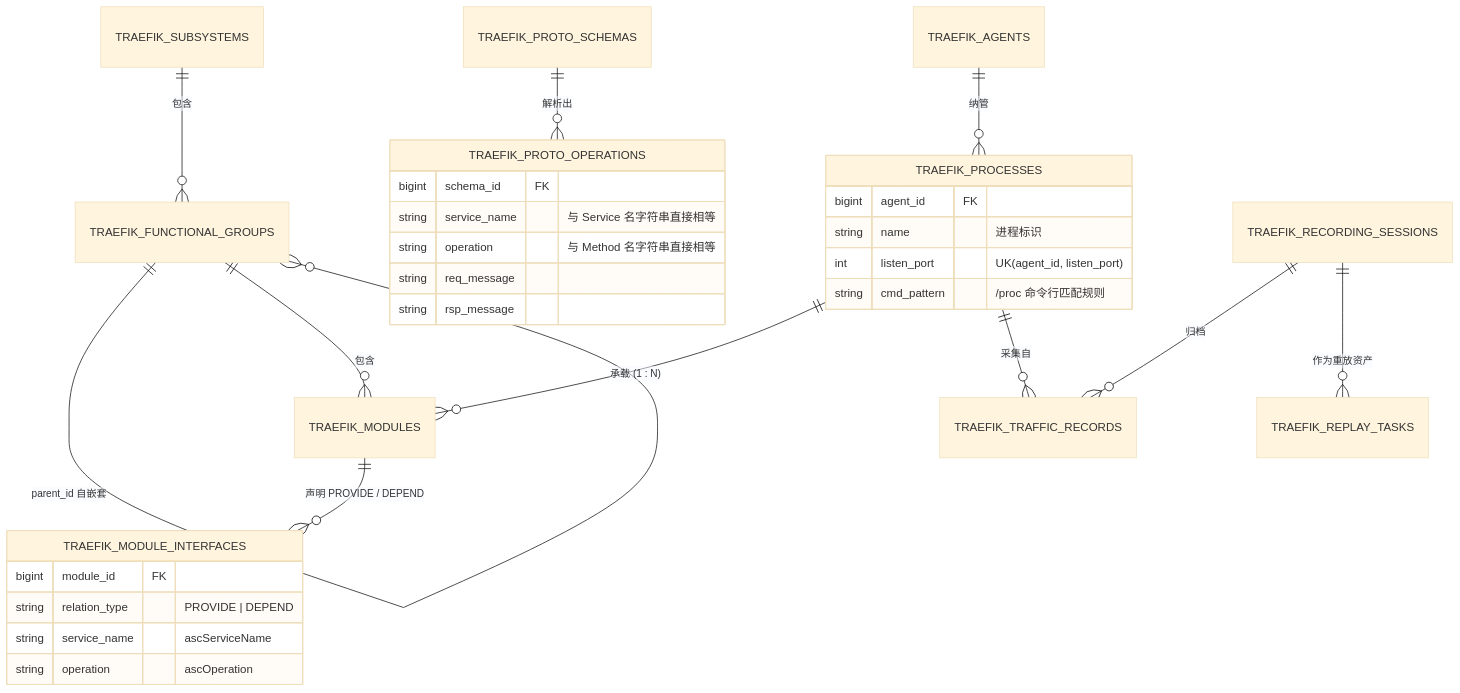
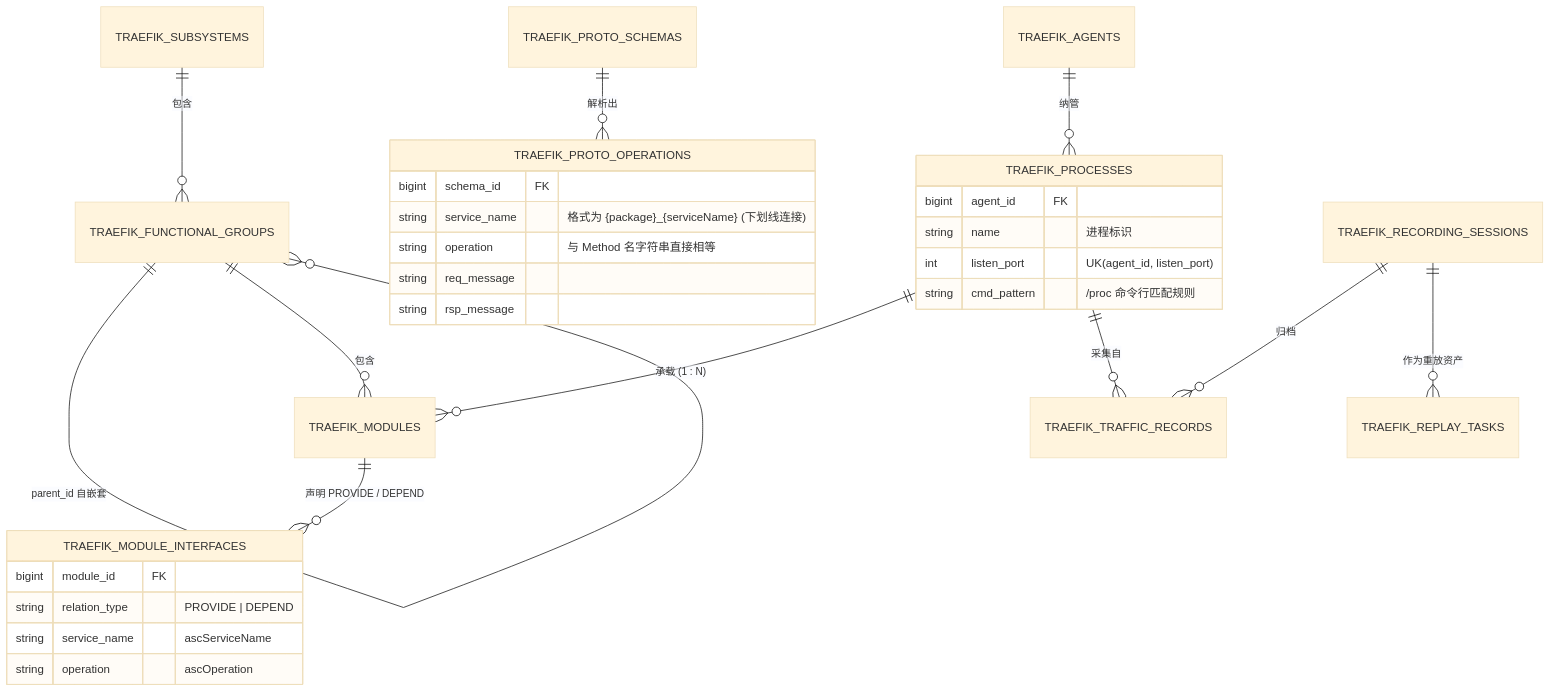
One commit to fugui/code-traefik changed the second of 2 diagrams in docs/01-features/01-feature-matrix.md. Above: the diagram before and after it, drawn with Mermaid (base theme). The commit also changed other lines of this file and 3 other files, not shown here.

````diff
--- a/docs/01-features/01-feature-matrix.md
+++ b/docs/01-features/01-feature-matrix.md
@@ -133,33 +134,33 @@
 ```mermaid
 erDiagram
     TRAEFIK_SUBSYSTEMS ||--o{ TRAEFIK_FUNCTIONAL_GROUPS : "包含"
     TRAEFIK_FUNCTIONAL_GROUPS ||--o{ TRAEFIK_FUNCTIONAL_GROUPS : "parent_id 自嵌套"
     TRAEFIK_FUNCTIONAL_GROUPS ||--o{ TRAEFIK_MODULES : "包含"
     TRAEFIK_MODULES ||--o{ TRAEFIK_MODULE_INTERFACES : "声明 PROVIDE / DEPEND"
     TRAEFIK_AGENTS ||--o{ TRAEFIK_PROCESSES : "纳管"
     TRAEFIK_PROCESSES ||--o{ TRAEFIK_MODULES : "承载 (1 : N)"
     TRAEFIK_PROTO_SCHEMAS ||--o{ TRAEFIK_PROTO_OPERATIONS : "解析出"
     TRAEFIK_RECORDING_SESSIONS ||--o{ TRAEFIK_TRAFFIC_RECORDS : "归档"
     TRAEFIK_PROCESSES ||--o{ TRAEFIK_TRAFFIC_RECORDS : "采集自"
     TRAEFIK_RECORDING_SESSIONS ||--o{ TRAEFIK_REPLAY_TASKS : "作为重放资产"
 
     TRAEFIK_MODULE_INTERFACES {
         bigint module_id FK
         string relation_type "PROVIDE | DEPEND"
         string service_name "ascServiceName"
         string operation "ascOperation"
     }
     TRAEFIK_PROCESSES {
         bigint agent_id FK
         string name "进程标识"
         int listen_port "UK(agent_id, listen_port)"
         string cmd_pattern "/proc 命令行匹配规则"
     }
     TRAEFIK_PROTO_OPERATIONS {
         bigint schema_id FK
-        string service_name "与 Service 名字符串直接相等"
+        string service_name "格式为 {package}_{serviceName} (下划线连接)"
         string operation "与 Method 名字符串直接相等"
         string req_message
         string rsp_message
     }
 ```
````
